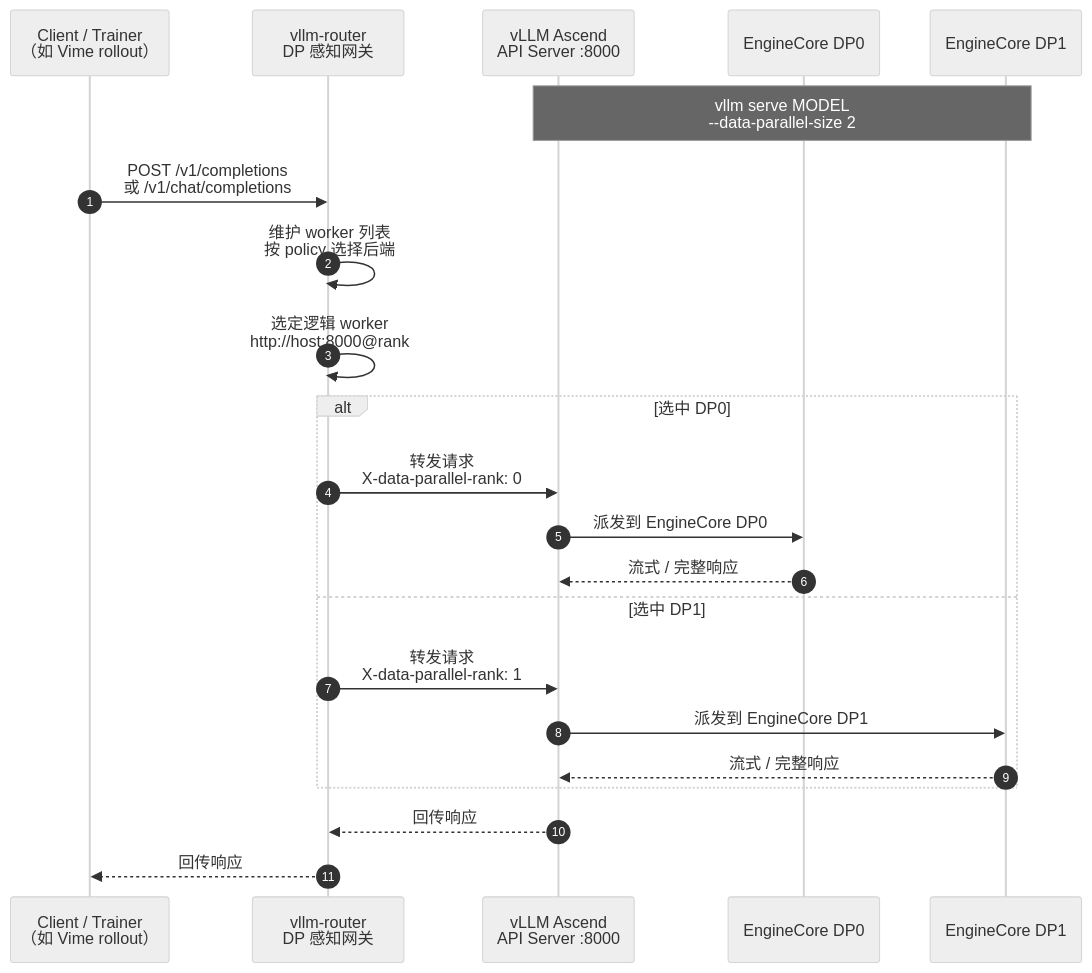
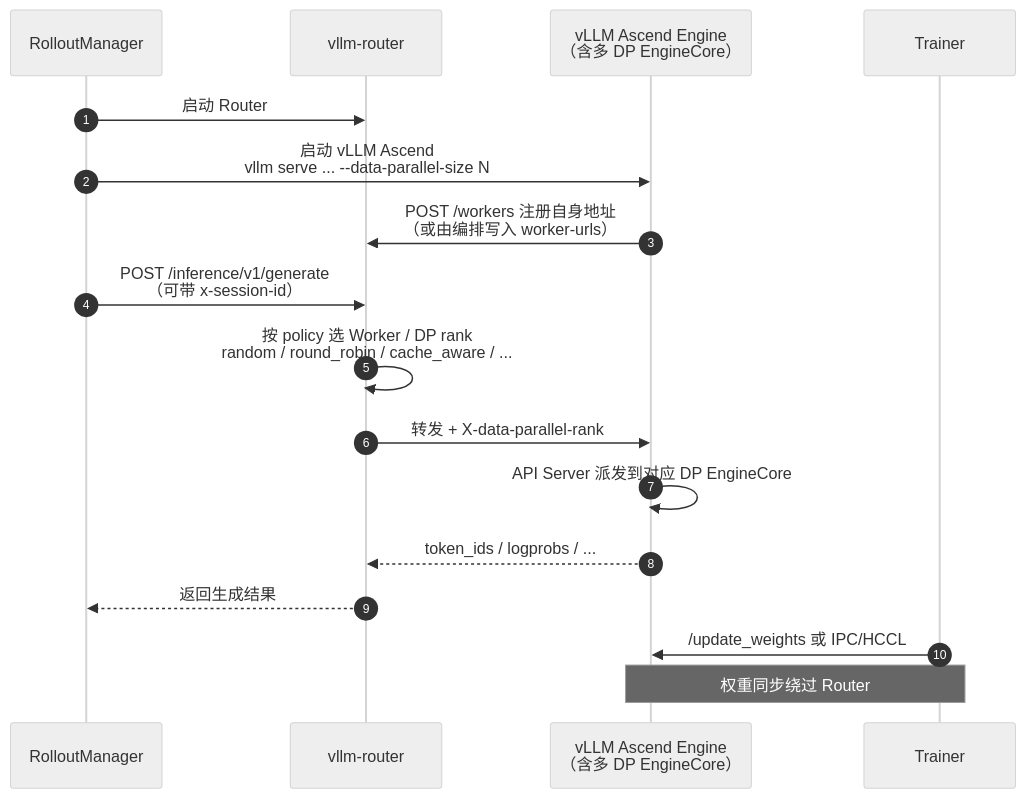
The second of 2 diagrams in docs/source/user_guide/feature_guide/dp_aware_router.md (yjyang62/vllm-ascend), drawn with Mermaid (neutral theme) before and after one commit. The commit also changed other lines of this file, not shown here.

First line of the commit message:
docs: align Ascend DP Router guide with RL/Vime router model

````diff
--- a/docs/source/user_guide/feature_guide/dp_aware_router.md
+++ b/docs/source/user_guide/feature_guide/dp_aware_router.md
@@ -64,26 +84,22 @@
 ```mermaid
 sequenceDiagram
     autonumber
-    participant T as Client / Trainer<br/>（如 Vime rollout）
-    participant R as vllm-router<br/>DP 感知网关
-    participant S as vLLM Ascend<br/>API Server :8000
-    participant E0 as EngineCore DP0
-    participant E1 as EngineCore DP1
+    participant RM as RolloutManager
+    participant R as vllm-router
+    participant E as vLLM Ascend Engine<br/>（含多 DP EngineCore）
+    participant T as Trainer
 
-    Note over S,E1: vllm serve MODEL<br/>--data-parallel-size 2
+    RM->>R: 启动 Router
+    RM->>E: 启动 vLLM Ascend<br/>vllm serve ... --data-parallel-size N
+    E->>R: POST /workers 注册自身地址<br/>（或由编排写入 worker-urls）
 
-    T->>R: POST /v1/completions<br/>或 /v1/chat/completions
-    R->>R: 维护 worker 列表<br/>按 policy 选择后端
-    R->>R: 选定逻辑 worker<br/>http://host:8000@rank
-    alt 选中 DP0
-        R->>S: 转发请求<br/>X-data-parallel-rank: 0
-        S->>E0: 派发到 EngineCore DP0
-        E0-->>S: 流式 / 完整响应
-    else 选中 DP1
-        R->>S: 转发请求<br/>X-data-parallel-rank: 1
-        S->>E1: 派发到 EngineCore DP1
-        E1-->>S: 流式 / 完整响应
-    end
-    S-->>R: 回传响应
-    R-->>T: 回传响应
+    RM->>R: POST /inference/v1/generate<br/>（可带 x-session-id）
+    R->>R: 按 policy 选 Worker / DP rank<br/>random / round_robin / cache_aware / ...
+    R->>E: 转发 + X-data-parallel-rank
+    E->>E: API Server 派发到对应 DP EngineCore
+    E-->>R: token_ids / logprobs / ...
+    R-->>RM: 返回生成结果
+
+    T->>E: /update_weights 或 IPC/HCCL
+    Note over T,E: 权重同步绕过 Router
 ```
````
